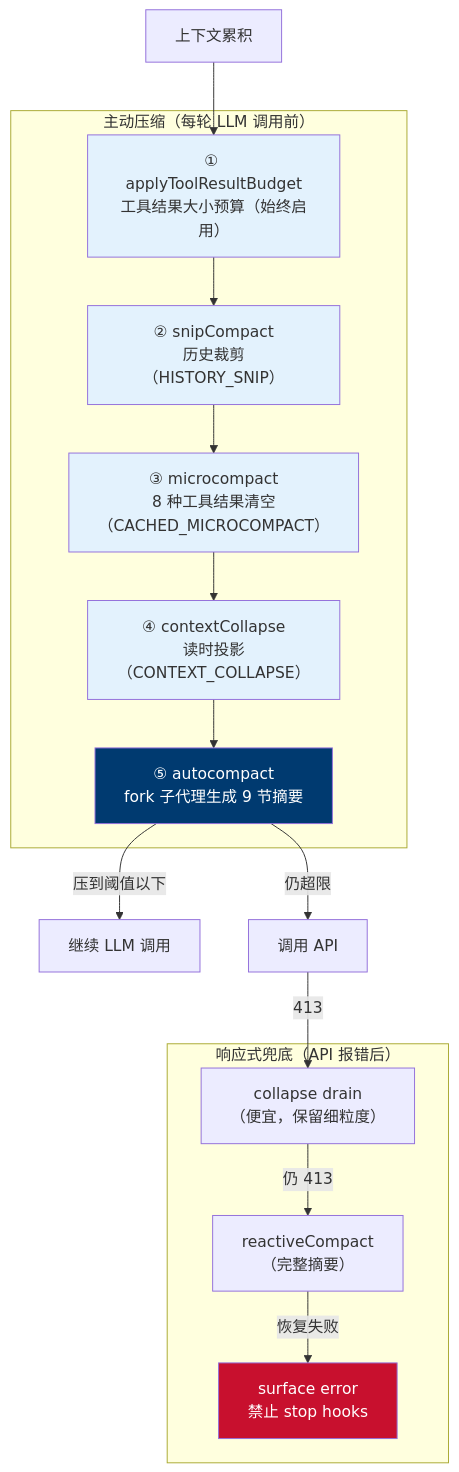
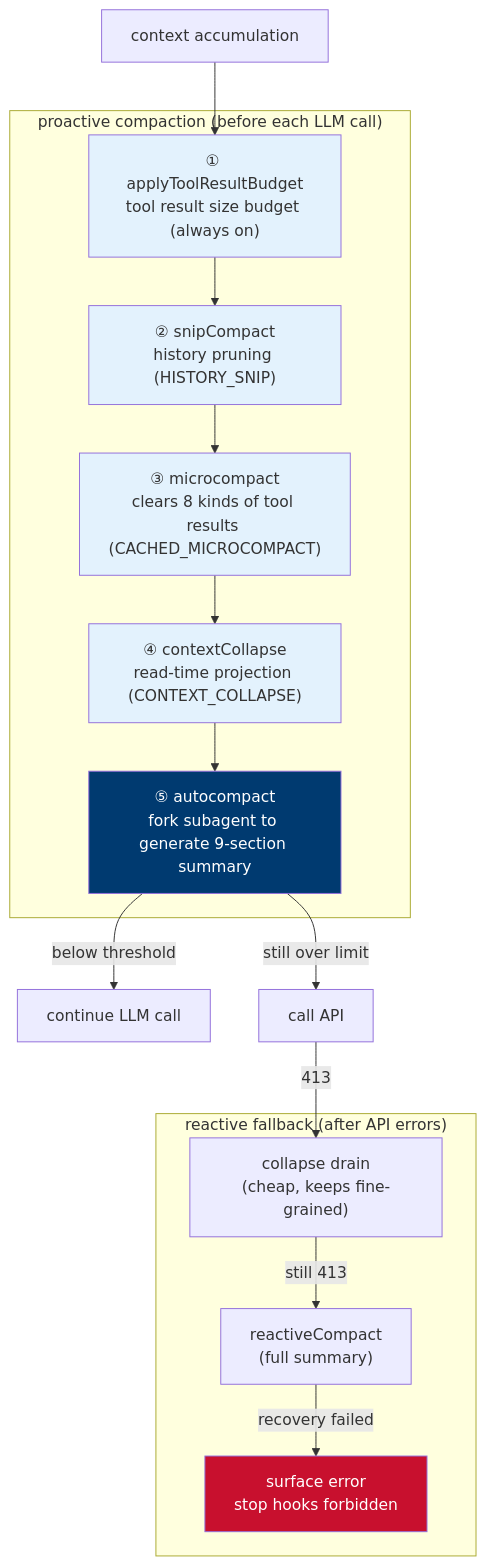
Diagram 11 of 46 in README.md (holny/Agent-Harness-Develop-Book), drawn with Mermaid before and after one commit. The commit also changed other lines of this file and 66 other files, not shown here.

Commit message:
Add English edition (default) with Chinese version, redraw 8 interactive diagrams in English, translate mermaid/ASCII diagrams and code comments

````diff
--- a/README.md
+++ b/README.md
@@ -1880,30 +1936,30 @@
 ```mermaid
 flowchart TD
-    MSG["上下文累积"] --> L1
+    MSG["context accumulation"] --> L1
 
-    subgraph PROACTIVE["主动压缩（每轮 LLM 调用前）"]
-        L1["① applyToolResultBudget<br/>工具结果大小预算（始终启用）"]
-        L2["② snipCompact<br/>历史裁剪（HISTORY_SNIP）"]
-        L3["③ microcompact<br/>8 种工具结果清空（CACHED_MICROCOMPACT）"]
-        L4["④ contextCollapse<br/>读时投影（CONTEXT_COLLAPSE）"]
-        L5["⑤ autocompact<br/>fork 子代理生成 9 节摘要"]
+    subgraph PROACTIVE["proactive compaction (before each LLM call)"]
+        L1["① applyToolResultBudget<br/>tool result size budget (always on)"]
+        L2["② snipCompact<br/>history pruning (HISTORY_SNIP)"]
+        L3["③ microcompact<br/>clears 8 kinds of tool results (CACHED_MICROCOMPACT)"]
+        L4["④ contextCollapse<br/>read-time projection (CONTEXT_COLLAPSE)"]
+        L5["⑤ autocompact<br/>fork subagent to generate 9-section summary"]
     end
 
-    subgraph REACTIVE["响应式兜底（API 报错后）"]
-        R1["collapse drain<br/>（便宜，保留细粒度）"]
-        R2["reactiveCompact<br/>（完整摘要）"]
-        R3["surface error<br/>禁止 stop hooks"]
+    subgraph REACTIVE["reactive fallback (after API errors)"]
+        R1["collapse drain<br/>(cheap, keeps fine-grained)"]
+        R2["reactiveCompact<br/>(full summary)"]
+        R3["surface error<br/>stop hooks forbidden"]
     end
 
     L1 --> L2 --> L3 --> L4 --> L5
-    L5 -->|压到阈值以下| OK["继续 LLM 调用"]
-    L5 -->|仍超限| API["调用 API"]
-    API -->|413| R1 -->|仍 413| R2 -->|恢复失败| R3
+    L5 -->|below threshold| OK["continue LLM call"]
+    L5 -->|still over limit| API["call API"]
+    API -->|413| R1 -->|still 413| R2 -->|recovery failed| R3
 
     style L1 fill:#E3F2FD
     style L2 fill:#E3F2FD
     style L3 fill:#E3F2FD
     style L4 fill:#E3F2FD
     style L5 fill:#003A70,color:#fff
     style R3 fill:#C8102E,color:#fff
 ```
````
